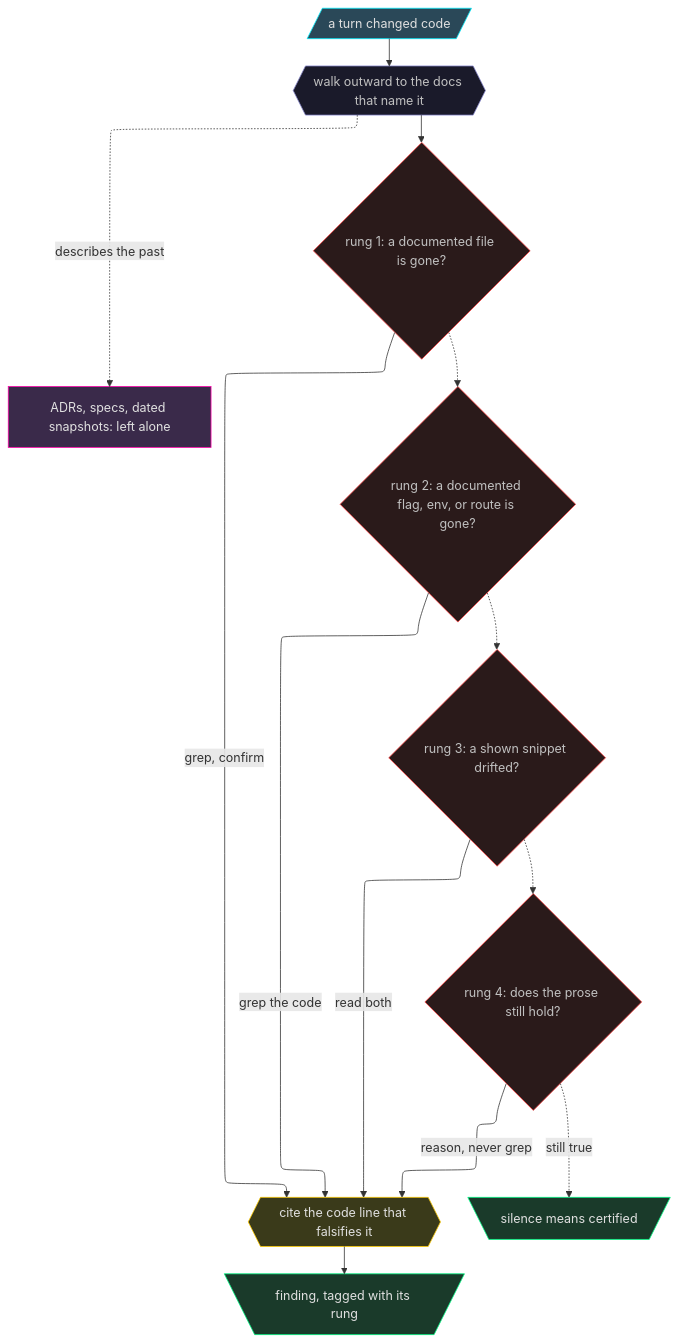
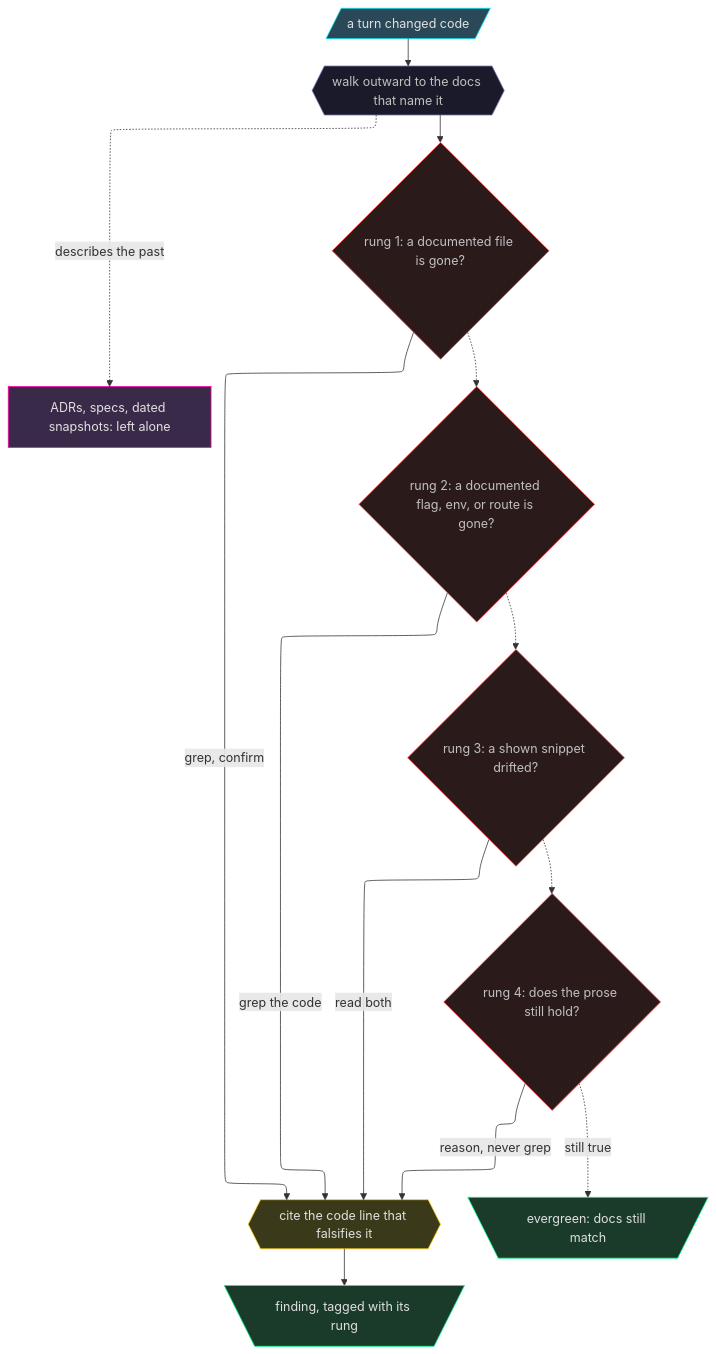
One commit to ChrisPachulski/evergreen changed the diagram in README.md. Above: the diagram before and after it, drawn with Mermaid. The commit also changed other lines of this file and 2 other files, not shown here.

````diff
--- a/README.md
+++ b/README.md
@@ -98,34 +98,34 @@
 ```mermaid
 %%{init: {"flowchart": {"defaultRenderer": "elk"}} }%%
 graph TD
     change[/"a turn changed code"/]:::source
     outward{{"walk outward to the docs that name it"}}:::staging
     exempt["ADRs, specs, dated snapshots: left alone"]:::region
     r1{"rung 1: a documented file is gone?"}:::constraint
     r2{"rung 2: a documented flag, env, or route is gone?"}:::constraint
     r3{"rung 3: a shown snippet drifted?"}:::constraint
     r4{"rung 4: does the prose still hold?"}:::constraint
     proof{{"cite the code line that falsifies it"}}:::modelling
     finding[\"finding, tagged with its rung"/]:::output
-    quiet[\"silence means certified"/]:::output
+    quiet[\"evergreen: docs still match"/]:::output
 
     change --> outward
     outward -.->|"describes the past"| exempt
     outward --> r1
     r1 -->|"grep, confirm"| proof
     r1 -.-> r2
     r2 -->|"grep the code"| proof
     r2 -.-> r3
     r3 -->|"read both"| proof
     r3 -.-> r4
     r4 -->|"reason, never grep"| proof
     r4 -.->|"still true"| quiet
     proof --> finding
 
     classDef source fill:#2a4858,stroke:#00f0ff,color:#e0e0e0
     classDef staging fill:#1a1a2a,stroke:#8888cc,color:#c0c0c0
     classDef region fill:#3a2a4a,stroke:#ff00aa,color:#e0e0e0
     classDef modelling fill:#3a3a1a,stroke:#ffcc00,color:#e0e0e0
     classDef output fill:#1a3a2a,stroke:#00ff88,color:#e0e0e0
     classDef constraint fill:#2a1a1a,stroke:#ff4444,color:#c0c0c0
 ```
````
